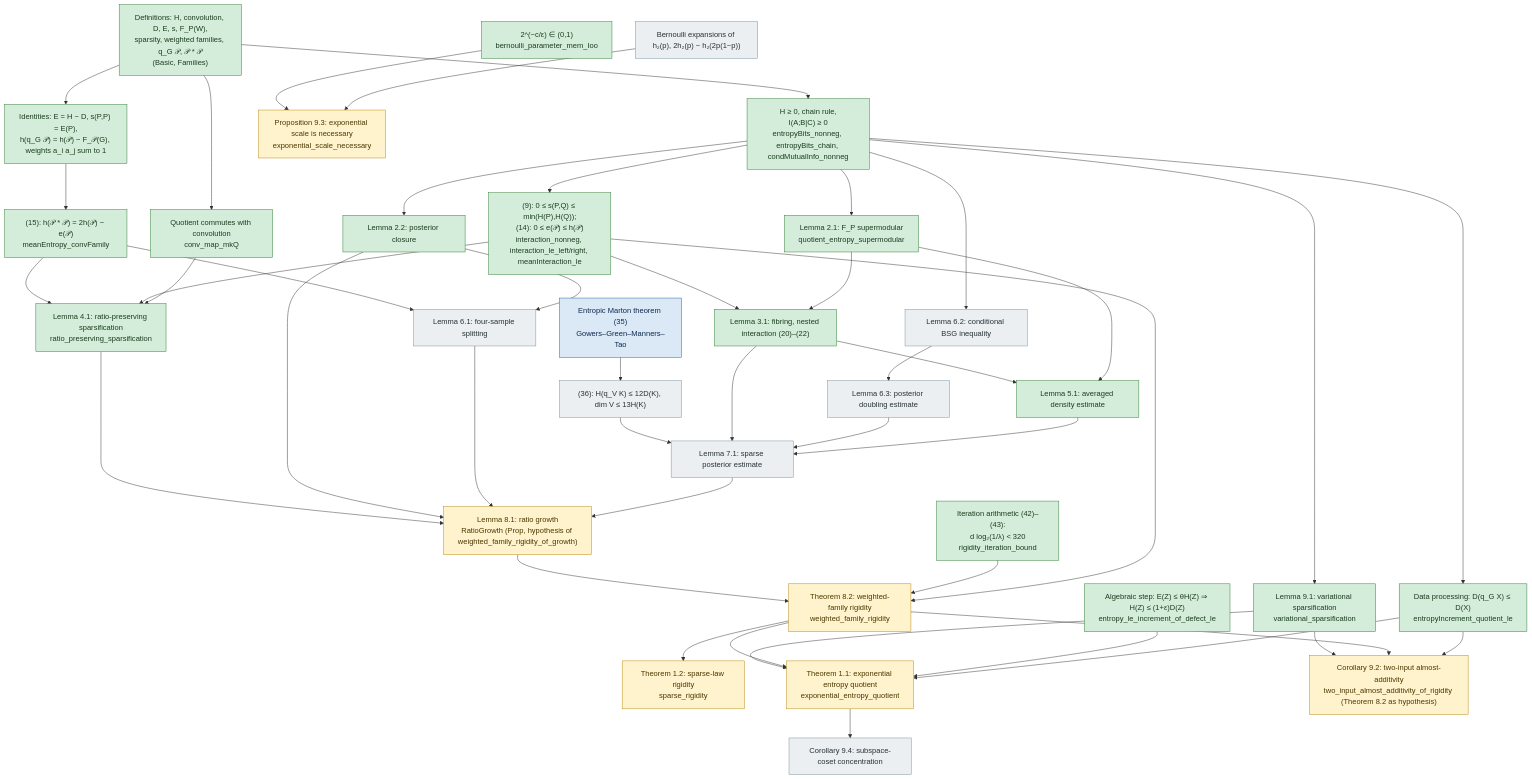
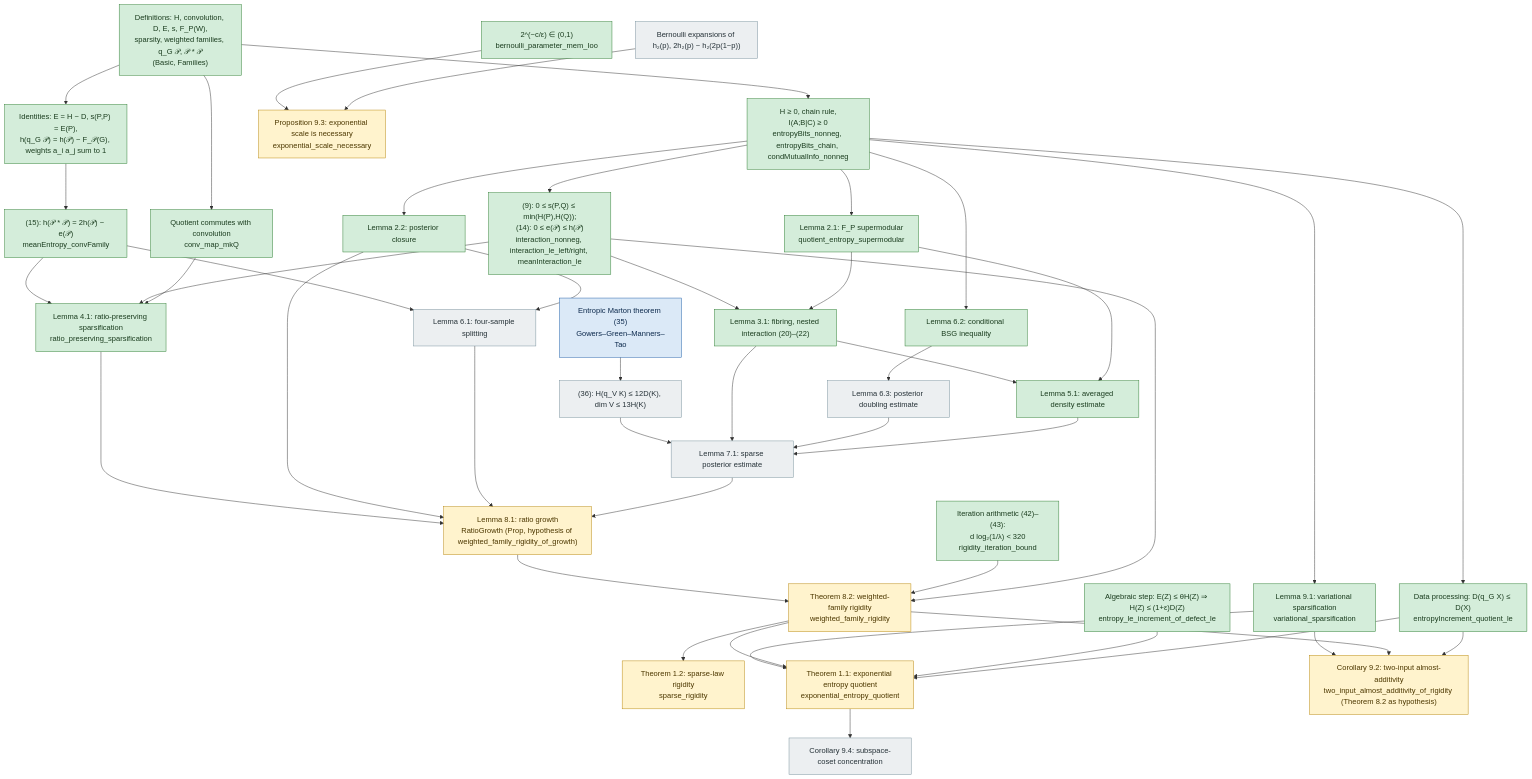
The diagram in docs/DEPENDENCIES.md (JosiahPark/entropy-quotients-lean), drawn with Mermaid before and after one commit.

Commit message:
formalize: D6b3 mark L62 (Lemma 6.2) proved in DEPENDENCIES (CI green at caefe56)

```diff
--- a/docs/DEPENDENCIES.md
+++ b/docs/DEPENDENCIES.md
@@ -38,7 +38,7 @@
   L41["Lemma 4.1: ratio-preserving sparsification<br/>ratio_preserving_sparsification"]:::proved
   L51["Lemma 5.1: averaged density estimate"]:::proved
   L61["Lemma 6.1: four-sample splitting"]:::missing
-  L62["Lemma 6.2: conditional BSG inequality"]:::missing
+  L62["Lemma 6.2: conditional BSG inequality"]:::proved
   L63["Lemma 6.3: posterior doubling estimate"]:::missing
   MAR["Entropic Marton theorem (35)<br/>Gowers–Green–Manners–Tao"]:::external
   E36["(36): H(q_V K) ≤ 12D(K), dim V ≤ 13H(K)"]:::missing
```
